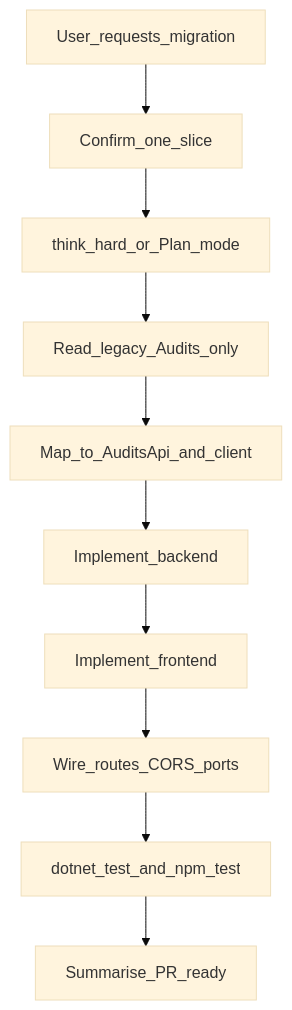
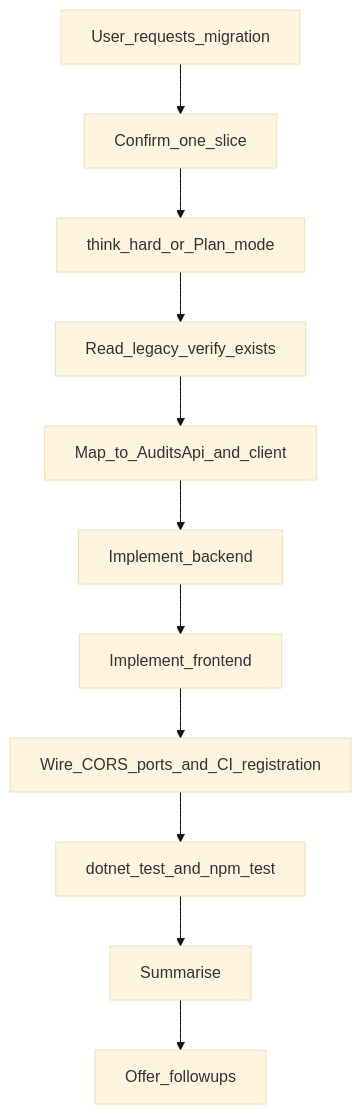
One commit to Collins1892/radar-practice changed the second of 2 diagrams in .claude/skills/modernisation/SKILL.md. Above: the diagram before and after it, drawn with Mermaid (base theme). The commit also changed 1 other file, not shown here.

Commit message:
fix: pre-merge tidy for PR #84
- Add root .env.example documentation to README

- Sync workflow mermaid with all 10 steps including CI registration and offer follow-ups

````diff
--- a/.claude/skills/modernisation/SKILL.md
+++ b/.claude/skills/modernisation/SKILL.md
@@ -296,16 +296,17 @@
 ```mermaid
 flowchart TD
   trigger[User_requests_migration]
   scope[Confirm_one_slice]
   calibrate[think_hard_or_Plan_mode]
-  readLegacy[Read_legacy_Audits_only]
+  readLegacy[Read_legacy_verify_exists]
   map[Map_to_AuditsApi_and_client]
   backend[Implement_backend]
   frontend[Implement_frontend]
-  wire[Wire_routes_CORS_ports]
+  wire[Wire_CORS_ports_and_CI_registration]
   test[dotnet_test_and_npm_test]
-  done[Summarise_PR_ready]
+  done[Summarise]
+  offer_followups[Offer_followups]
 
   trigger --> scope --> calibrate --> readLegacy --> map
-  map --> backend --> frontend --> wire --> test --> done
+  map --> backend --> frontend --> wire --> test --> done --> offer_followups
 ```
````
